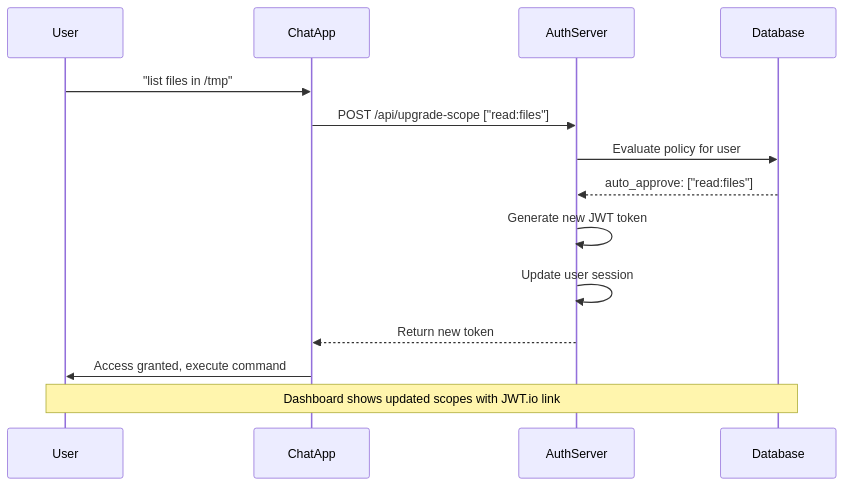
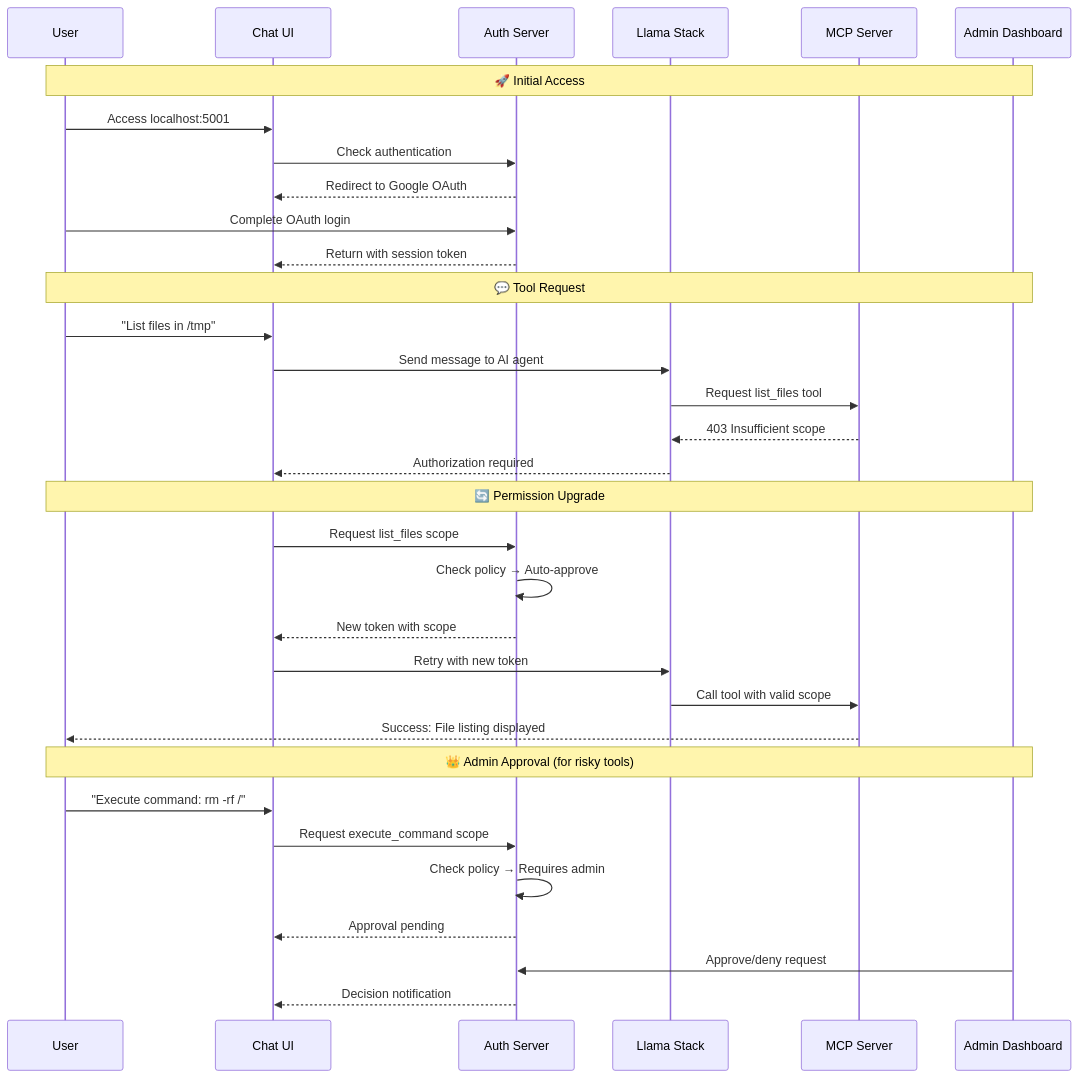
Before and after one commit to gallettilance/agentic-auth: the diagram in README.md, drawn with Mermaid. The commit also changed other lines of this file and 63 other files, not shown here.

````diff
--- a/README.md
+++ b/README.md
@@ -376,18 +90,39 @@
 ```mermaid
 sequenceDiagram
     participant User
-    participant ChatApp
-    participant AuthServer
-    participant Database
-    
-    User->>ChatApp: "list files in /tmp"
-    ChatApp->>AuthServer: POST /api/upgrade-scope ["read:files"]
-    AuthServer->>Database: Evaluate policy for user
-    Database-->>AuthServer: auto_approve: ["read:files"]
-    AuthServer->>AuthServer: Generate new JWT token
-    AuthServer->>AuthServer: Update user session
-    AuthServer-->>ChatApp: Return new token
-    ChatApp->>User: Access granted, execute command
-    
-    Note over User,Database: Dashboard shows updated scopes with JWT.io link
+    participant ChatUI as Chat UI
+    participant AuthServer as Auth Server
+    participant LlamaStack as Llama Stack
+    participant MCP as MCP Server
+    participant Admin as Admin Dashboard
+
+    Note over User,Admin: 🚀 Initial Access
+    User->>ChatUI: Access localhost:5001
+    ChatUI->>AuthServer: Check authentication
+    AuthServer-->>ChatUI: Redirect to Google OAuth
+    User->>AuthServer: Complete OAuth login
+    AuthServer-->>ChatUI: Return with session token
+
+    Note over User,Admin: 💬 Tool Request
+    User->>ChatUI: "List files in /tmp"
+    ChatUI->>LlamaStack: Send message to AI agent
+    LlamaStack->>MCP: Request list_files tool
+    MCP-->>LlamaStack: 403 Insufficient scope
+    LlamaStack-->>ChatUI: Authorization required
+
+    Note over User,Admin: 🔄 Permission Upgrade
+    ChatUI->>AuthServer: Request list_files scope
+    AuthServer->>AuthServer: Check policy → Auto-approve
+    AuthServer-->>ChatUI: New token with scope
+    ChatUI->>LlamaStack: Retry with new token
+    LlamaStack->>MCP: Call tool with valid scope
+    MCP-->>User: Success: File listing displayed
+
+    Note over User,Admin: 👑 Admin Approval (for risky tools)
+    User->>ChatUI: "Execute command: rm -rf /"
+    ChatUI->>AuthServer: Request execute_command scope
+    AuthServer->>AuthServer: Check policy → Requires admin
+    AuthServer-->>ChatUI: Approval pending
+    Admin->>AuthServer: Approve/deny request
+    AuthServer-->>ChatUI: Decision notification
 ```
````
